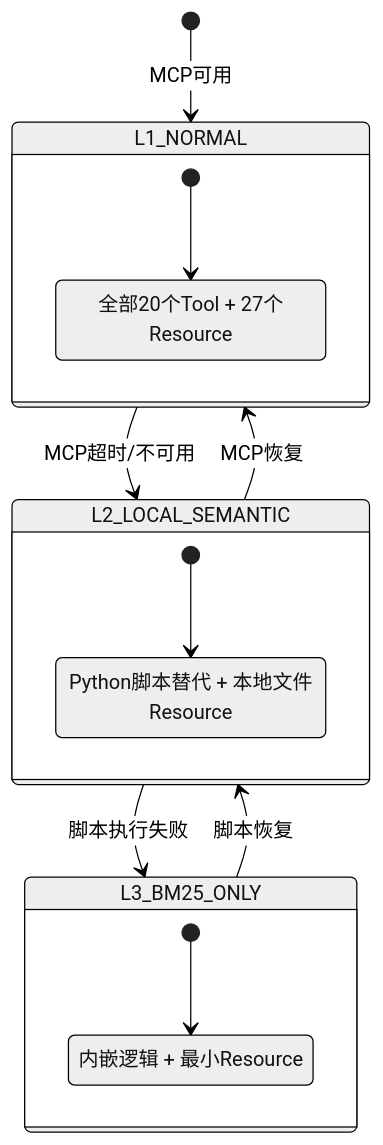
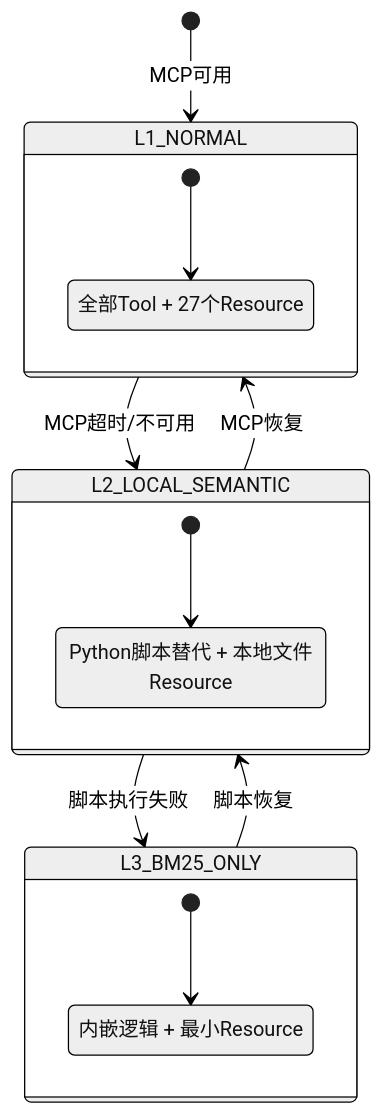
Before and after one commit to xuanyuanchumo/xuansto: the third of 5 diagrams in docs/plan/MCP_REVIEW.md, drawn with Mermaid (neutral theme). The commit also changed other lines of this file and 34 other files, not shown here.

````diff
--- a/docs/plan/MCP_REVIEW.md
+++ b/docs/plan/MCP_REVIEW.md
@@ -870,23 +932,23 @@
 ```mermaid
 stateDiagram-v2
     [*] --> L1_NORMAL: MCP可用
     L1_NORMAL --> L2_LOCAL_SEMANTIC: MCP超时/不可用
     L2_LOCAL_SEMANTIC --> L3_BM25_ONLY: 脚本执行失败
     L3_BM25_ONLY --> L2_LOCAL_SEMANTIC: 脚本恢复
     L2_LOCAL_SEMANTIC --> L1_NORMAL: MCP恢复
 
     state L1_NORMAL {
         [*] --> Full_MCP
-        Full_MCP: 全部20个Tool + 27个Resource
+        Full_MCP: 全部Tool + 27个Resource
     }
 
     state L2_LOCAL_SEMANTIC {
         [*] --> Script_Fallback
         Script_Fallback: Python脚本替代 + 本地文件Resource
     }
 
     state L3_BM25_ONLY {
         [*] --> Inline_Fallback
         Inline_Fallback: 内嵌逻辑 + 最小Resource
     }
 ```
````
